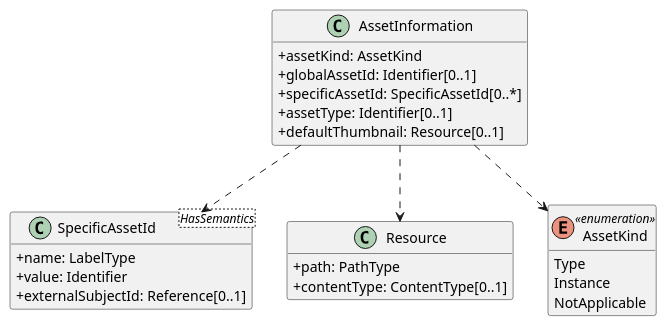
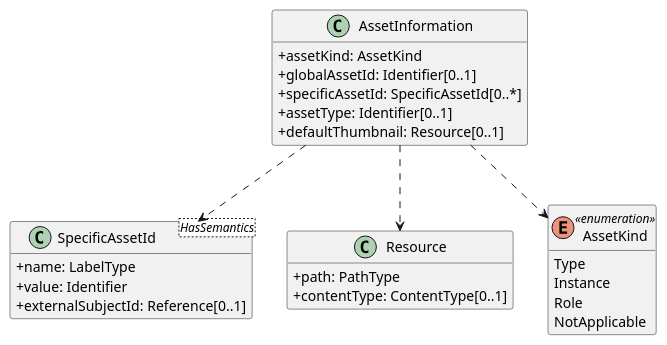
Before and after one commit to zrgt/py2puml: the diagram in output/24_AssetInformation.puml, drawn with PlantUML. The commit also changed 13 other files, not shown here.

```diff
--- a/output/24_AssetInformation.puml
+++ b/output/24_AssetInformation.puml
@@ -1,29 +1,30 @@
 @startuml
 skinparam classAttributeIconSize 0
 hide methods
 
 class AssetInformation {
   +assetKind: AssetKind 
   +globalAssetId: Identifier[0..1] 
   +specificAssetId: SpecificAssetId[0..*] 
   +assetType: Identifier[0..1] 
   +defaultThumbnail: Resource[0..1] 
 }
 class SpecificAssetId<HasSemantics> {
   +name: LabelType 
   +value: Identifier 
   +externalSubjectId: Reference[0..1] 
 }
 class Resource {
   +path: PathType 
   +contentType: ContentType[0..1] 
 }
 enum AssetKind <<enumeration>> {
   Type
   Instance
+  Role
   NotApplicable
 }
 AssetInformation ..> AssetKind
 AssetInformation ..> SpecificAssetId
 AssetInformation ..> Resource
 @enduml
```
